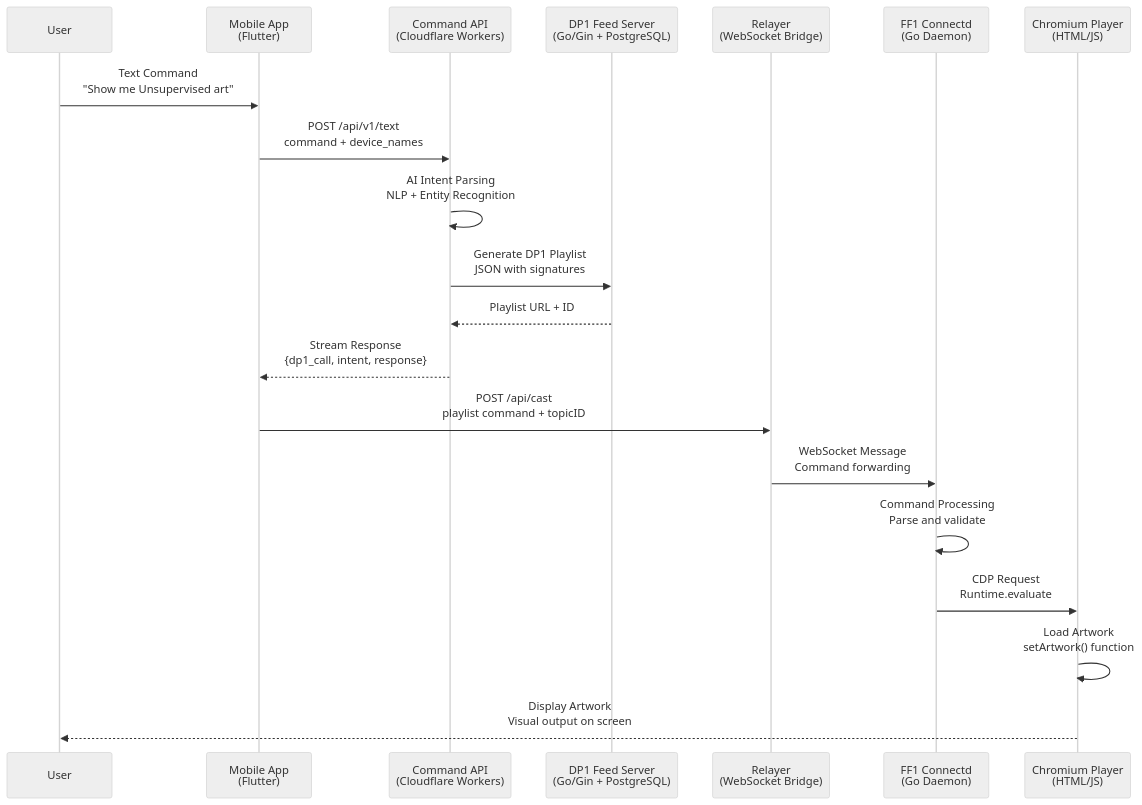
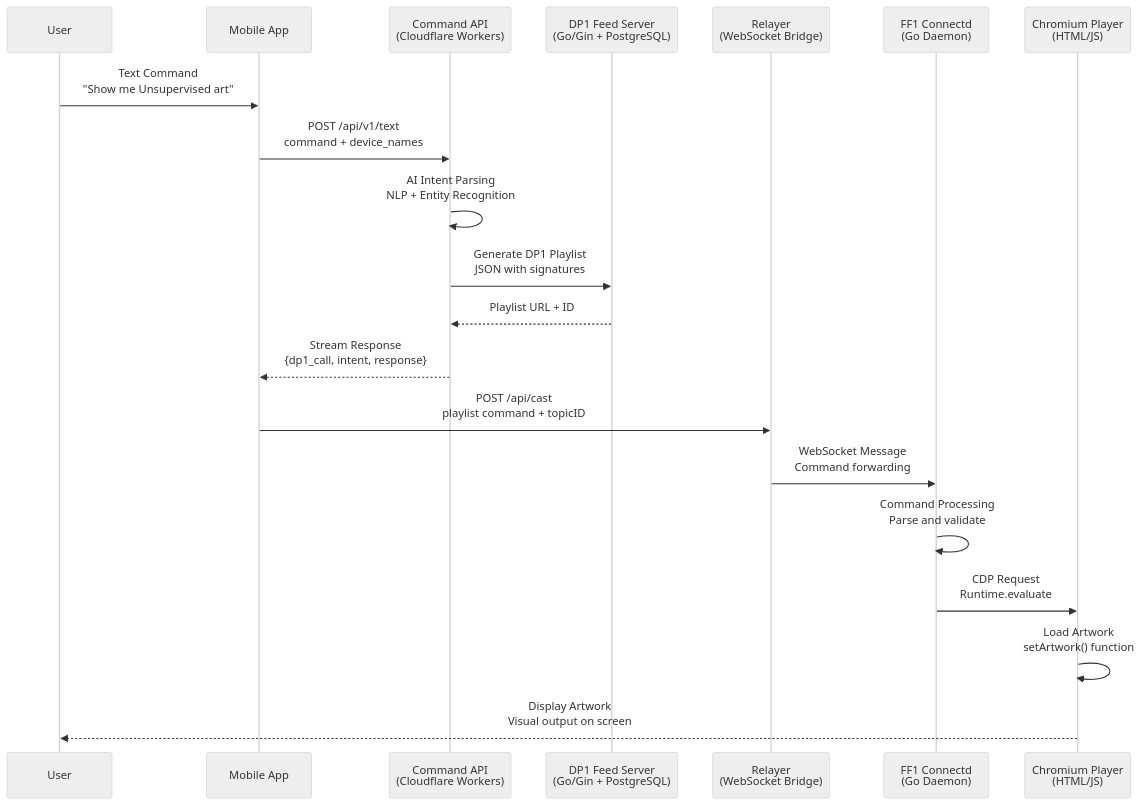
Before and after one commit to feral-file/docs: the diagram in docs/art-computer/how-it-works/display.md, drawn with Mermaid (neutral theme).

Commit message:
docs: simplify mobile app diagram

````diff
--- a/docs/art-computer/how-it-works/display.md
+++ b/docs/art-computer/how-it-works/display.md
@@ -27,27 +27,27 @@
 ```mermaid
 sequenceDiagram
     participant User
-    participant Mobile as Mobile App<br/>(Flutter)
+    participant Mobile as Mobile App
     participant CommandAPI as Command API<br/>(Cloudflare Workers)
     participant DP1Feed as DP1 Feed Server<br/>(Go/Gin + PostgreSQL)
     participant Relayer as Relayer<br/>(WebSocket Bridge)
     participant Connectd as FF1 Connectd<br/>(Go Daemon)
     participant Player as Chromium Player<br/>(HTML/JS)
 
     User->>Mobile: Text Command<br/>"Show me Unsupervised art"
     
     Mobile->>CommandAPI: POST /api/v1/text<br/>command + device_names
     CommandAPI->>CommandAPI: AI Intent Parsing<br/>NLP + Entity Recognition
     CommandAPI->>DP1Feed: Generate DP1 Playlist<br/>JSON with signatures
     DP1Feed-->>CommandAPI: Playlist URL + ID
     CommandAPI-->>Mobile: Stream Response<br/>{dp1_call, intent, response}
     
     Mobile->>Relayer: POST /api/cast<br/>playlist command + topicID
     Relayer->>Connectd: WebSocket Message<br/>Command forwarding
     
     Connectd->>Connectd: Command Processing<br/>Parse and validate
     Connectd->>Player: CDP Request<br/>Runtime.evaluate
     Player->>Player: Load Artwork<br/>setArtwork() function
     
     Player-->>User: Display Artwork<br/>Visual output on screen
 ```
````
